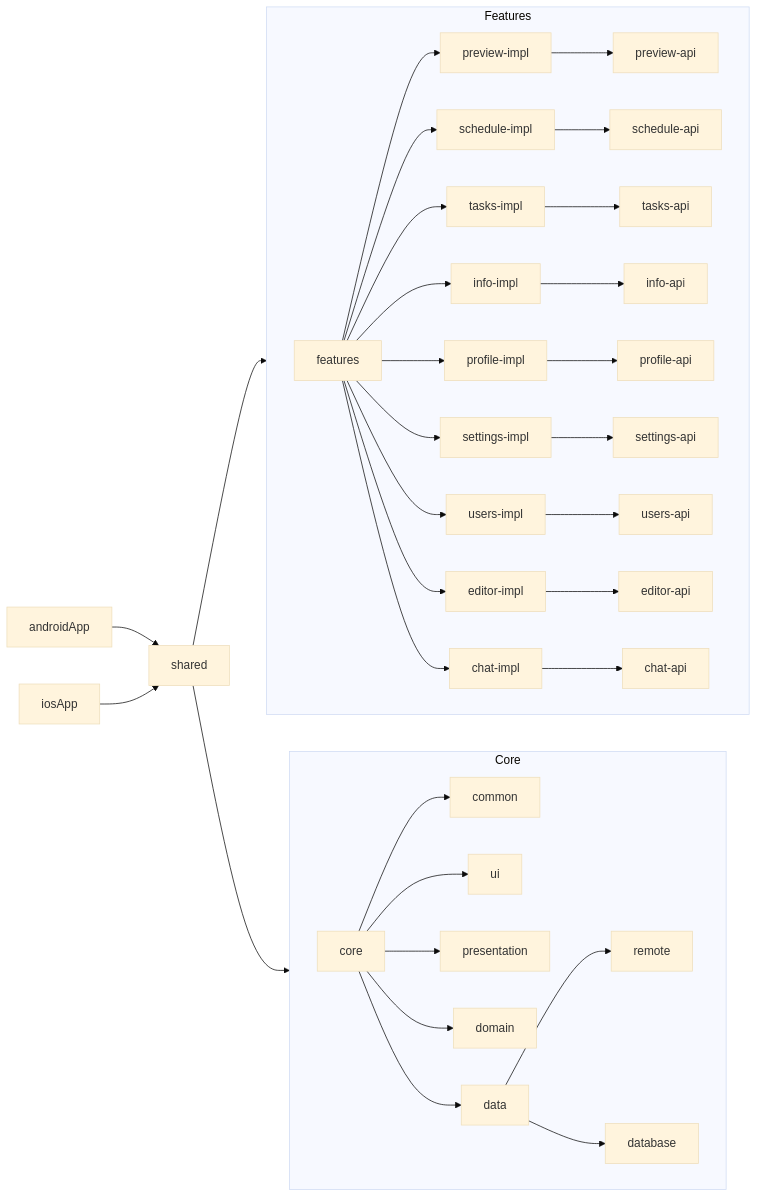
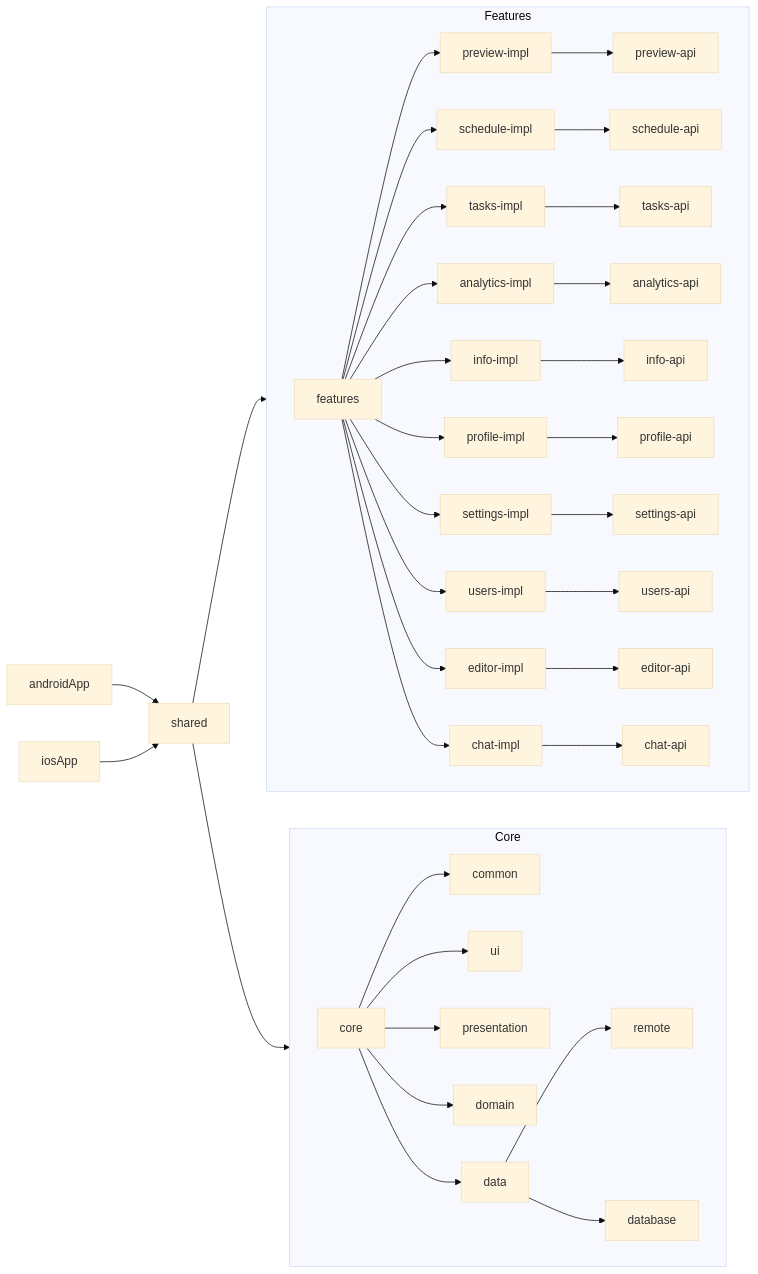
One commit to v1tzor/StudyAssistant changed the diagram in README.md. Above: the diagram before and after it, drawn with Mermaid (base theme). The commit also changed other lines of this file and 4 other files, not shown here.

````diff
--- a/README.md
+++ b/README.md
@@ -171,28 +179,29 @@
 ```mermaid
 graph LR;
     androidApp --> shared
     iosApp --> shared
 
     shared --> core
 
     subgraph one [Core]
     direction LR;
     core --> common & ui & presentation & domain & data
     data --> remote & database
     end
 
     shared --> features
 
     subgraph two [Features]
     direction LR;
     features --> preview-impl --> preview-api
     features --> schedule-impl --> schedule-api
     features --> tasks-impl --> tasks-api
+    features --> analytics-impl --> analytics-api
     features --> info-impl --> info-api
     features --> profile-impl --> profile-api
     features --> settings-impl --> settings-api
     features --> users-impl --> users-api
     features --> editor-impl --> editor-api
     features --> chat-impl --> chat-api
     end
 ```
````
